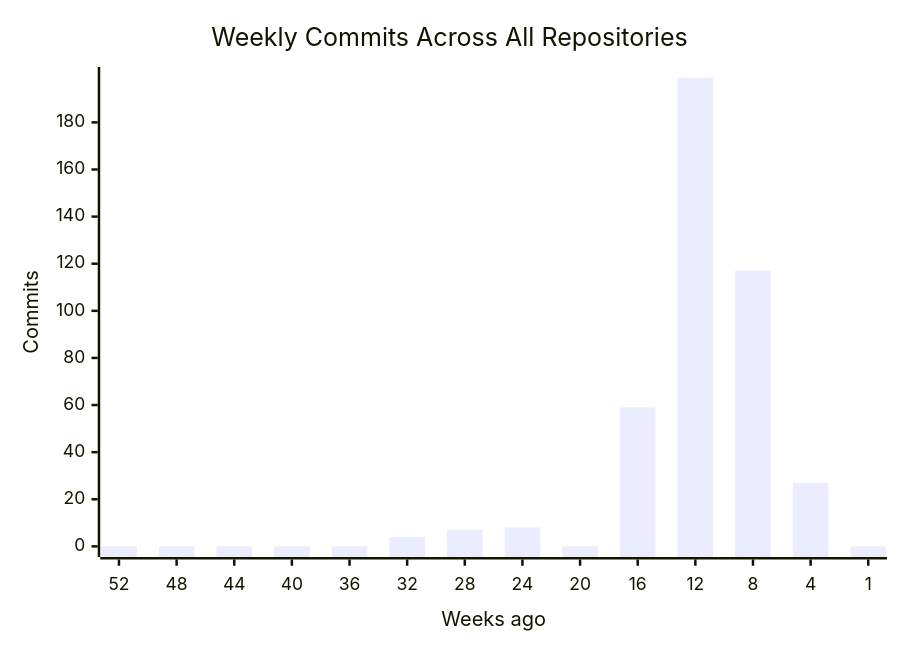
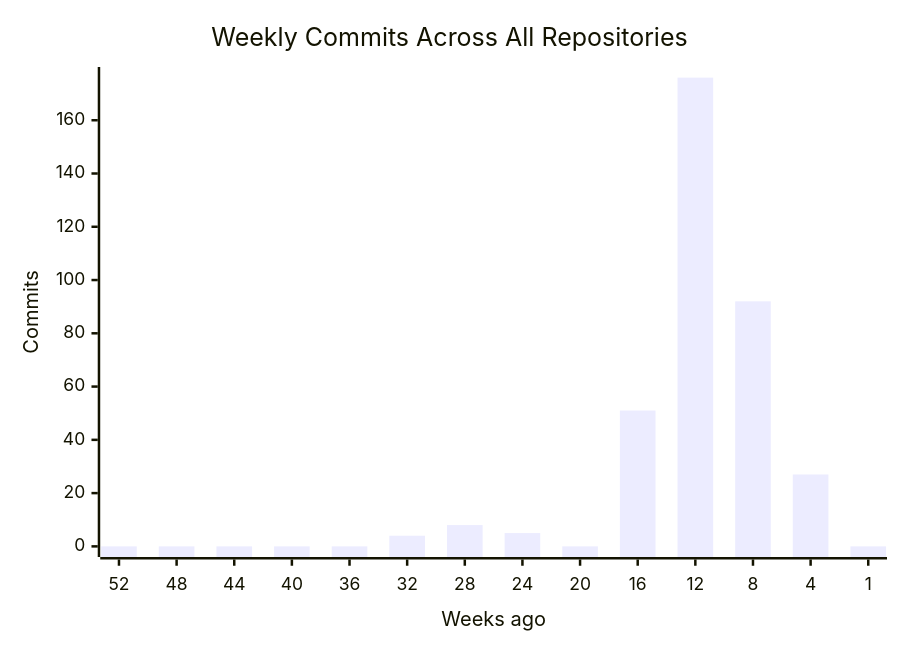
Before and after one commit to CSTH-Projects/.github: the first of 4 diagrams in profile/README.md, drawn with Mermaid. The commit also changed other lines of this file, not shown here.

````diff
--- a/profile/README.md
+++ b/profile/README.md
@@ -16,7 +16,7 @@
 ```mermaid
 xychart-beta
     title "Weekly Commits Across All Repositories"
     x-axis "Weeks ago" [52, 48, 44, 40, 36, 32, 28, 24, 20, 16, 12, 8, 4, 1]
     y-axis "Commits"
-    bar [0, 0, 0, 0, 0, 4, 7, 8, 0, 59, 199, 117, 27, 0]
+    bar [0, 0, 0, 0, 0, 4, 8, 5, 0, 51, 176, 92, 27, 0]
 ```
````
